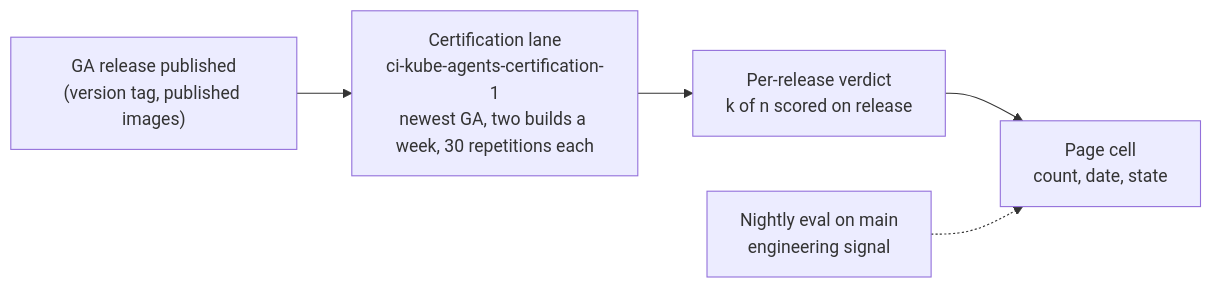
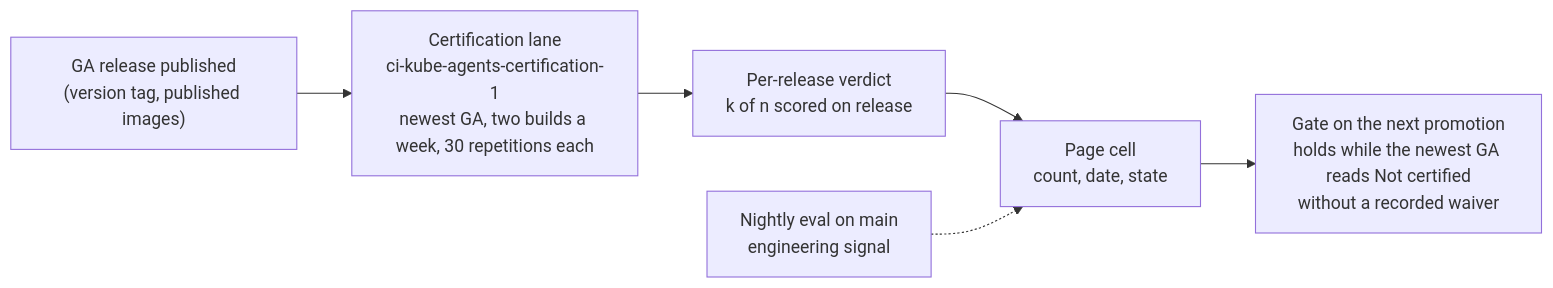
Before and after one commit to gke-labs/kube-agents: the diagram in docs/designs/certified-capabilities.md, drawn with Mermaid. The commit also changed other lines of this file, not shown here.

First line of the commit message:
docs(designs): certified capabilities: the gate on the next promotion, no named sign-off, the floor dropped

````diff
--- a/docs/designs/certified-capabilities.md
+++ b/docs/designs/certified-capabilities.md
@@ -102,7 +101,8 @@
 ```mermaid
 flowchart LR
     GA["GA release published<br/>(version tag, published images)"] --> L["Certification lane<br/>ci-kube-agents-certification-1<br/>newest GA, two builds a week, 30 repetitions each"]
     L --> V["Per-release verdict<br/>k of n scored on release"]
     V --> C["Page cell<br/>count, date, state"]
+    C --> G["Gate on the next promotion<br/>holds while the newest GA reads Not certified<br/>without a recorded waiver"]
     N["Nightly eval on main<br/>engineering signal"] -.-> C
 ```
````
